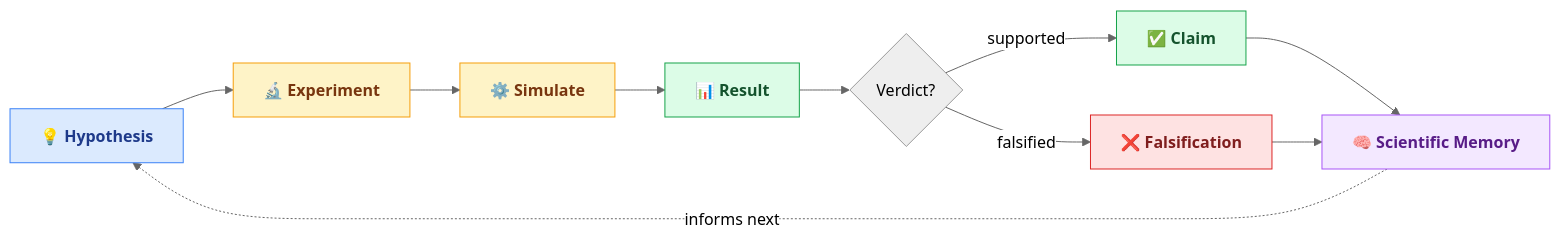
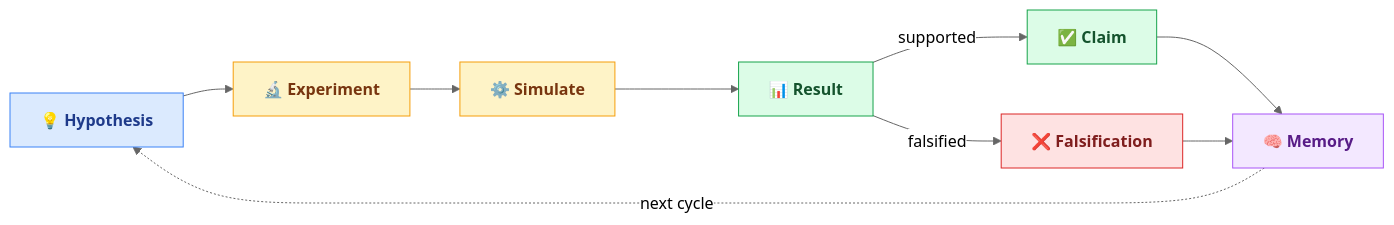
Before and after one commit to open-agent-science/autonomous-physics-lab: the first of 3 diagrams in README.md, drawn with Mermaid (neutral theme). The commit also changed other lines of this file, not shown here.

````diff
--- a/README.md
+++ b/README.md
@@ -13,15 +13,14 @@
 ```mermaid
 flowchart LR
     classDef hyp fill:#dbeafe,stroke:#3b82f6,color:#1e3a8a,font-weight:bold
     classDef exp fill:#fef3c7,stroke:#f59e0b,color:#78350f,font-weight:bold
     classDef res fill:#dcfce7,stroke:#16a34a,color:#14532d,font-weight:bold
     classDef bad fill:#fee2e2,stroke:#dc2626,color:#7f1d1d,font-weight:bold
     classDef mem fill:#f3e8ff,stroke:#a855f7,color:#581c87,font-weight:bold
 
     H["💡 Hypothesis"]:::hyp --> E["🔬 Experiment"]:::exp --> S["⚙️ Simulate"]:::exp --> R["📊 Result"]:::res
-    R --> V{"Verdict?"}
-    V -->|"supported"| C["✅ Claim"]:::res
-    V -->|"falsified"| F["❌ Falsification"]:::bad
-    C & F --> M["🧠 Scientific Memory"]:::mem
-    M -.->|"informs next"| H
+    R -->|"supported"| C["✅ Claim"]:::res
+    R -->|"falsified"| F["❌ Falsification"]:::bad
+    C & F --> M["🧠 Memory"]:::mem
+    M -.->|"next cycle"| H
 ```
````
